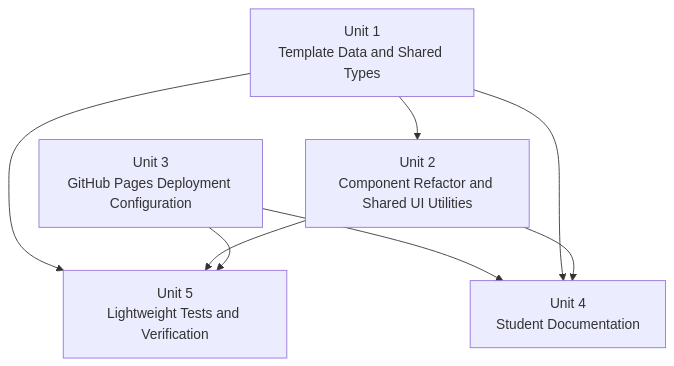
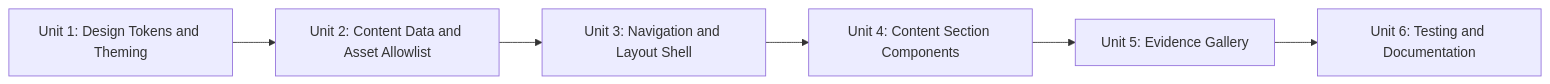
One commit to StratusNebulosus/StratusNebulosus.github.io changed the diagram in aidlc-docs/inception/application-design/unit-of-work-dependency.md. Above: the diagram before and after it, drawn with Mermaid. The commit also changed other lines of this file and 299 other files, not shown here.

````diff
--- a/aidlc-docs/inception/application-design/unit-of-work-dependency.md
+++ b/aidlc-docs/inception/application-design/unit-of-work-dependency.md
@@ -5,16 +18,11 @@
 ```mermaid
-flowchart TD
-    U1["Unit 1<br/>Template Data and Shared Types"]
-    U2["Unit 2<br/>Component Refactor and Shared UI Utilities"]
-    U3["Unit 3<br/>GitHub Pages Deployment Configuration"]
-    U4["Unit 4<br/>Student Documentation"]
-    U5["Unit 5<br/>Lightweight Tests and Verification"]
+flowchart LR
+    U1["Unit 1: Design Tokens and Theming"]
+    U2["Unit 2: Content Data and Asset Allowlist"]
+    U3["Unit 3: Navigation and Layout Shell"]
+    U4["Unit 4: Content Section Components"]
+    U5["Unit 5: Evidence Gallery"]
+    U6["Unit 6: Testing and Documentation"]
 
-    U1 --> U2
-    U1 --> U5
-    U2 --> U5
-    U3 --> U4
-    U3 --> U5
-    U1 --> U4
-    U2 --> U4
+    U1 --> U2 --> U3 --> U4 --> U5 --> U6
 ```
````
